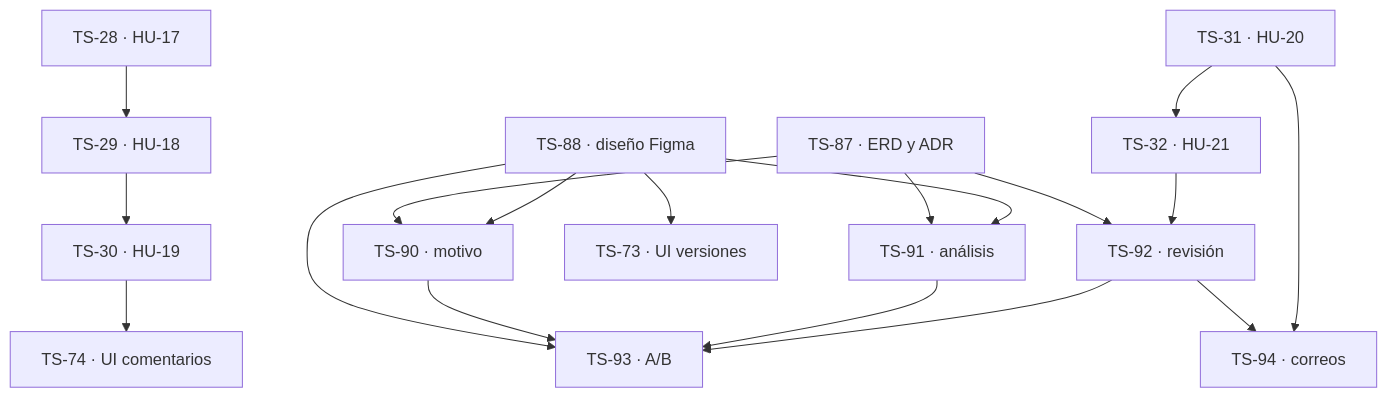
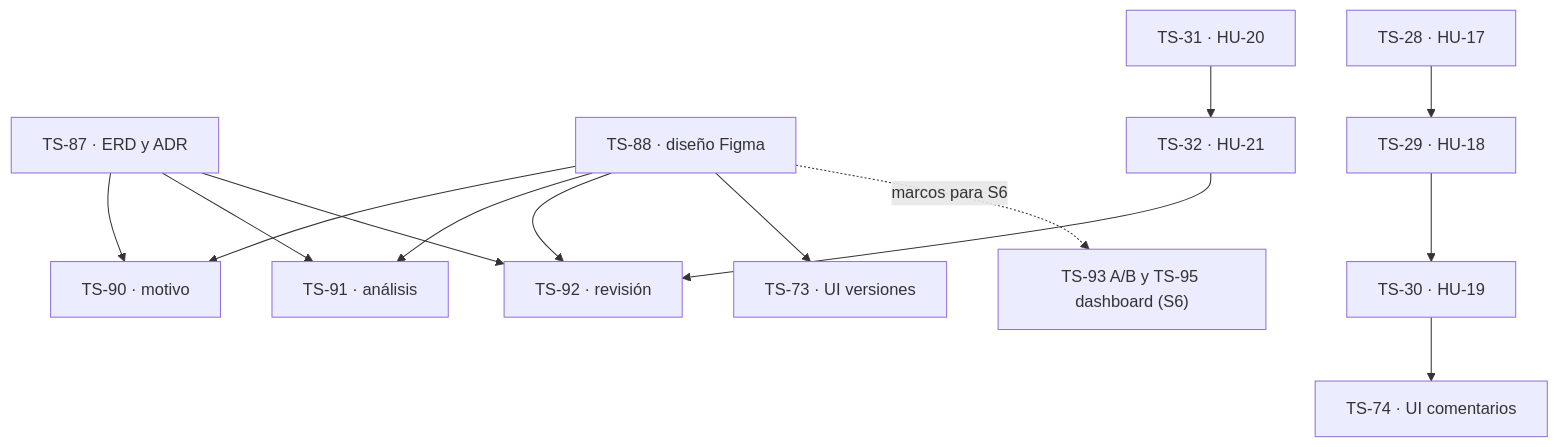
Before and after one commit to Bastian2704/trackstudio-demo: the diagram in docs/backlog/sprints/sprint-05.md, drawn with Mermaid. The commit also changed other lines of this file and 5 other files, not shown here.

````diff
--- a/docs/backlog/sprints/sprint-05.md
+++ b/docs/backlog/sprints/sprint-05.md
@@ -57,18 +53,14 @@
 ```mermaid
 flowchart TD
     ERD["TS-87 · ERD y ADR"] --> MOT["TS-90 · motivo"]
     ERD --> ANA["TS-91 · análisis"]
     ERD --> REV["TS-92 · revisión"]
     FIG["TS-88 · diseño Figma"] --> MOT
     FIG --> ANA
-    FIG --> AB["TS-93 · A/B"]
+    FIG --> REV
     FIG --> UIV["TS-73 · UI versiones"]
     C17["TS-28 · HU-17"] --> C18["TS-29 · HU-18"] --> C19["TS-30 · HU-19"]
     C19 --> UIC["TS-74 · UI comentarios"]
     H20["TS-31 · HU-20"] --> H21["TS-32 · HU-21"] --> REV
-    MOT --> AB
-    ANA --> AB
-    REV --> AB
-    REV --> MAIL["TS-94 · correos"]
-    H20 --> MAIL
+    FIG -. marcos para S6 .-> S6["TS-93 A/B y TS-95 dashboard (S6)"]
 ```
````
